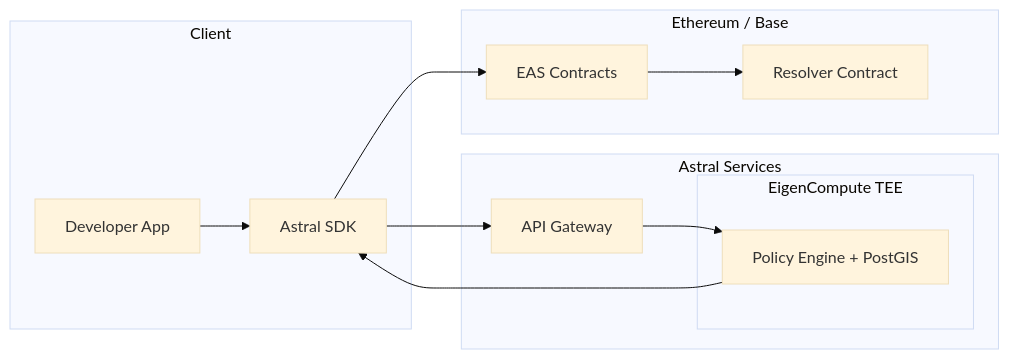
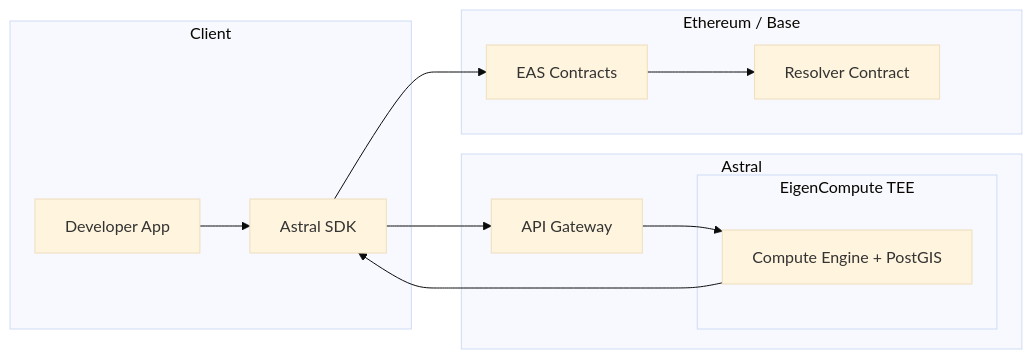
Before and after one commit to AstralProtocol/mintlify-docs: the first of 2 diagrams in how-it-works.mdx, drawn with Mermaid (base theme). The commit also changed other lines of this file and 2 other files, not shown here.

````diff
--- a/how-it-works.mdx
+++ b/how-it-works.mdx
@@ -16,26 +16,26 @@
 ```mermaid
 flowchart LR
     subgraph Client["Client"]
         App[Developer App]
         SDK[Astral SDK]
     end
 
-    subgraph Astral["Astral Services"]
+    subgraph Astral["Astral"]
         API[API Gateway]
         subgraph TEE["EigenCompute TEE"]
-            Engine[Policy Engine + PostGIS]
+            Engine[Compute Engine + PostGIS]
         end
     end
 
     subgraph Chain["Ethereum / Base"]
         EAS[EAS Contracts]
         Resolver[Resolver Contract]
     end
 
     App --> SDK
     SDK --> API
     API --> Engine
     Engine --> SDK
     SDK --> EAS
     EAS --> Resolver
 ```
````
